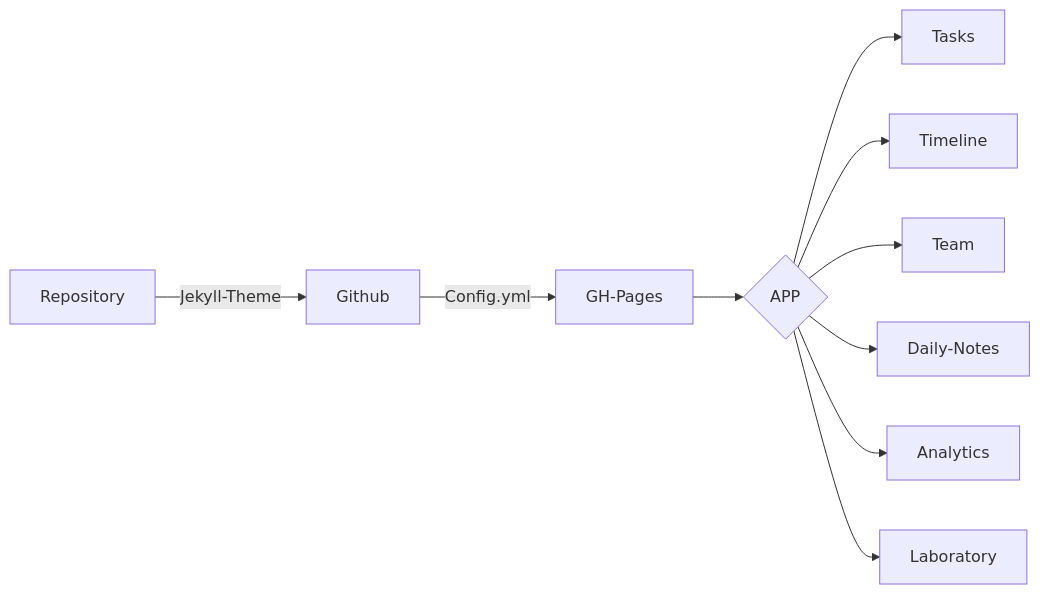
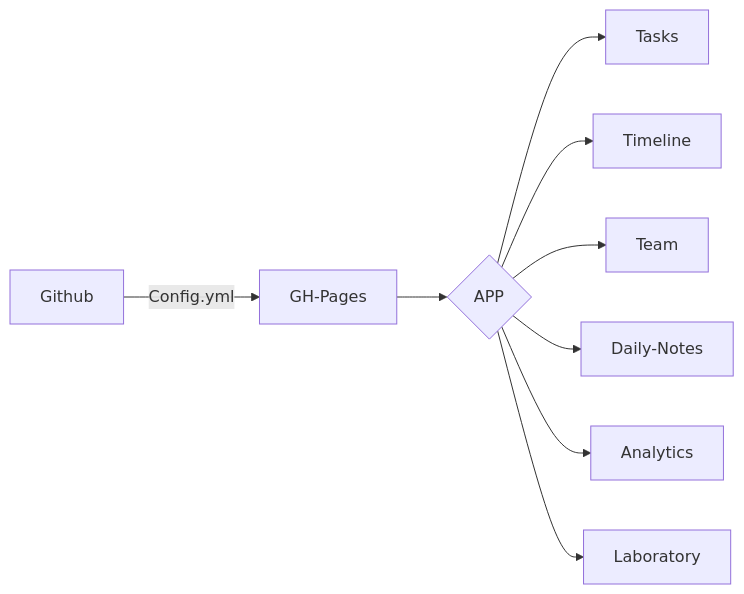
The diagram in readme.md (SauloCandeira/concursos), drawn with Mermaid before and after one commit.

````diff
--- a/readme.md
+++ b/readme.md
@@ -17,14 +17,13 @@
 ```mermaid
 flowchart LR
-X[Repository] -->|Jekyll-Theme| A[Jekyll]
 A[Github] -->|Config.yml| B[GH-Pages]
 
 B --> C{APP}
 C --> J[Tasks]
 C --> K[Timeline]
 C --> L[Team]
 C --> M[Daily-Notes]
 C --> N[Analytics]
 C --> O[Laboratory]
 
 ```
````
